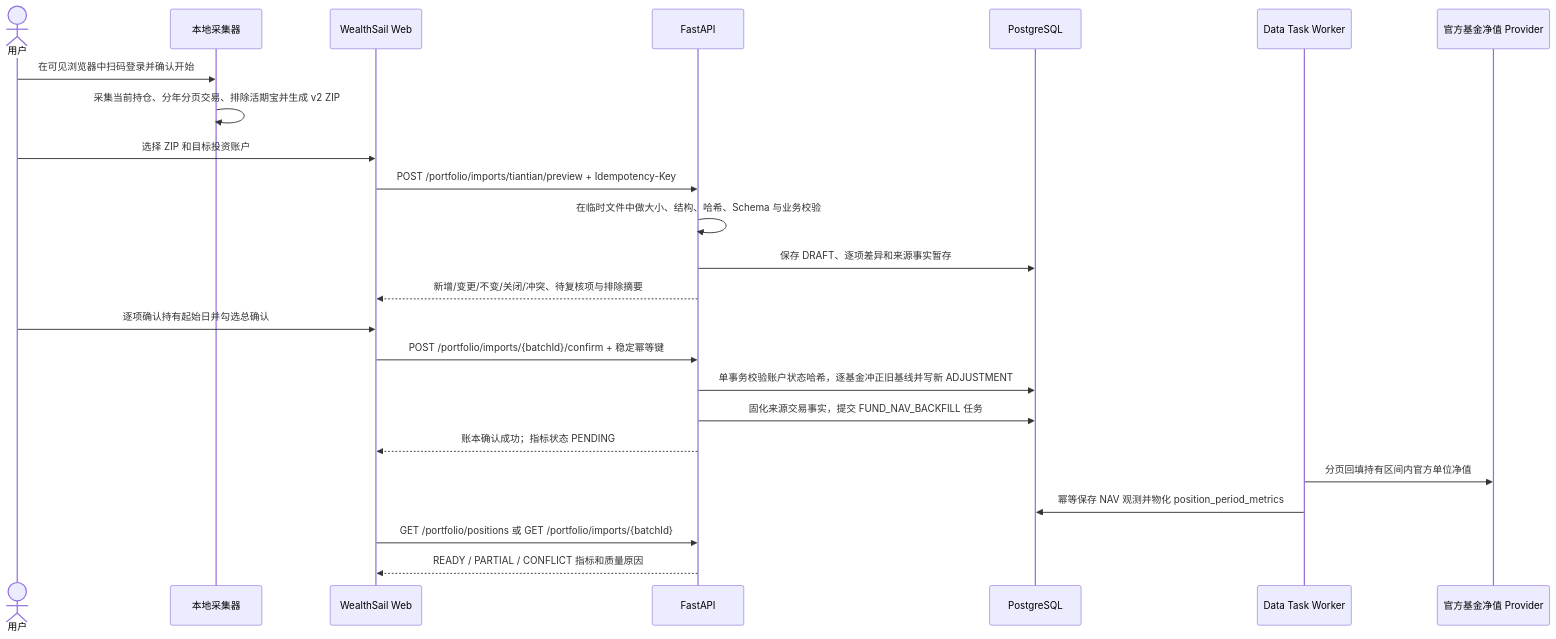
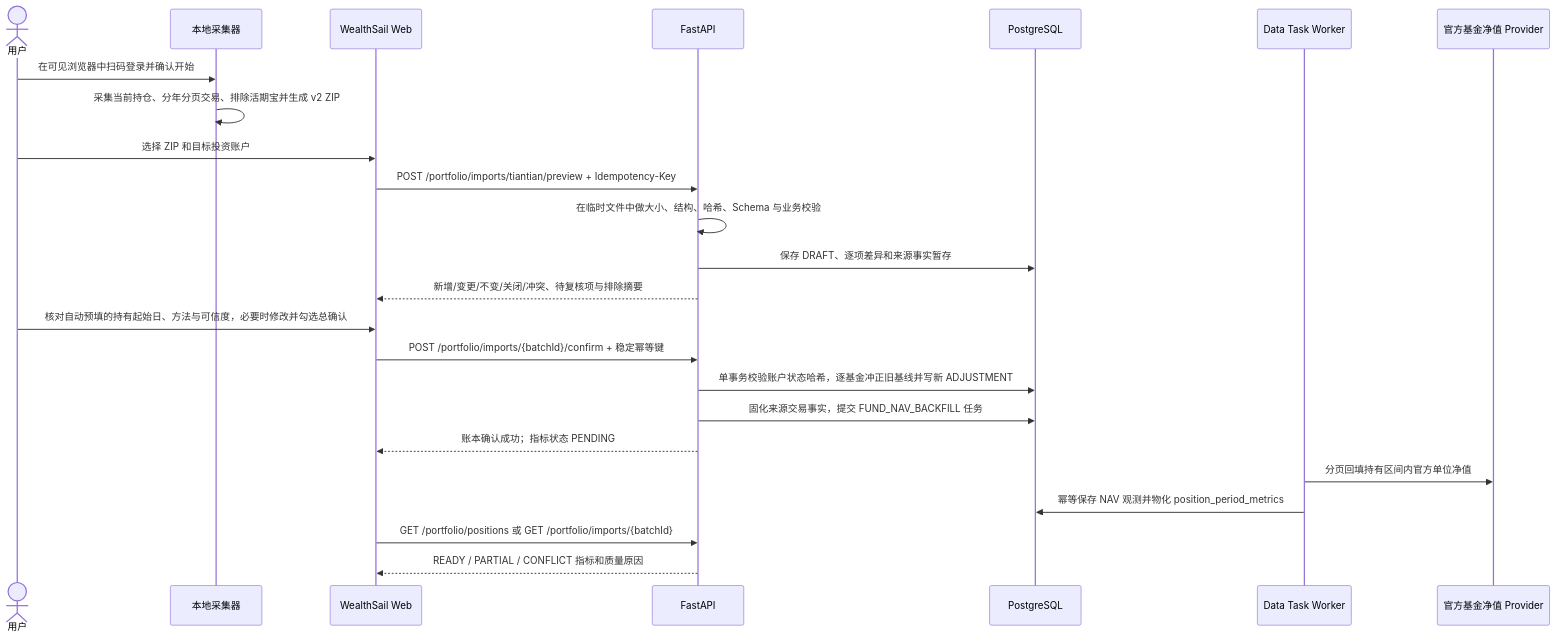
Before and after one commit to sinojelly/wealthsail: the fifth of 7 diagrams in docs/10.WealthSail-MVP前后端实现与系统部署规范.md, drawn with Mermaid. The commit also changed other lines of this file and 33 other files, not shown here.

````diff
--- a/docs/10.WealthSail-MVP前后端实现与系统部署规范.md
+++ b/docs/10.WealthSail-MVP前后端实现与系统部署规范.md
@@ -369,27 +369,27 @@
 ```mermaid
 sequenceDiagram
     actor User as 用户
     participant Collector as 本地采集器
     participant Web as WealthSail Web
     participant API as FastAPI
     participant DB as PostgreSQL
     participant Worker as Data Task Worker
     participant NAV as 官方基金净值 Provider
 
     User->>Collector: 在可见浏览器中扫码登录并确认开始
     Collector->>Collector: 采集当前持仓、分年分页交易、排除活期宝并生成 v2 ZIP
     User->>Web: 选择 ZIP 和目标投资账户
     Web->>API: POST /portfolio/imports/tiantian/preview + Idempotency-Key
     API->>API: 在临时文件中做大小、结构、哈希、Schema 与业务校验
     API->>DB: 保存 DRAFT、逐项差异和来源事实暂存
     API-->>Web: 新增/变更/不变/关闭/冲突、待复核项与排除摘要
-    User->>Web: 逐项确认持有起始日并勾选总确认
+    User->>Web: 核对自动预填的持有起始日、方法与可信度，必要时修改并勾选总确认
     Web->>API: POST /portfolio/imports/{batchId}/confirm + 稳定幂等键
     API->>DB: 单事务校验账户状态哈希，逐基金冲正旧基线并写新 ADJUSTMENT
     API->>DB: 固化来源交易事实，提交 FUND_NAV_BACKFILL 任务
     API-->>Web: 账本确认成功；指标状态 PENDING
     Worker->>NAV: 分页回填持有区间内官方单位净值
     Worker->>DB: 幂等保存 NAV 观测并物化 position_period_metrics
     Web->>API: GET /portfolio/positions 或 GET /portfolio/imports/{batchId}
     API-->>Web: READY / PARTIAL / CONFLICT 指标和质量原因
 ```
````
